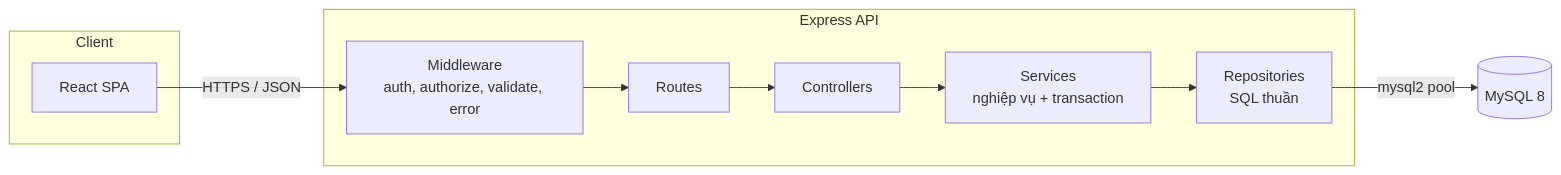
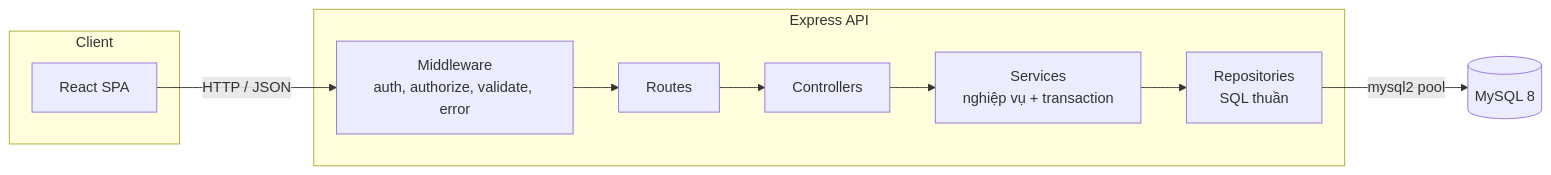
Before and after one commit to NghiaUT/auren-dbms-application: the diagram in docs/ARCHITECTURE.md, drawn with Mermaid. The commit also changed other lines of this file and 7 other files, not shown here.

````diff
--- a/docs/ARCHITECTURE.md
+++ b/docs/ARCHITECTURE.md
@@ -16,15 +16,15 @@
 ```mermaid
 flowchart LR
     subgraph Client
         R[React SPA]
     end
     subgraph Server[Express API]
         MW[Middleware<br/>auth, authorize, validate, error]
         RT[Routes]
         CT[Controllers]
         SV[Services<br/>nghiệp vụ + transaction]
         RP[Repositories<br/>SQL thuần]
     end
     DB[(MySQL 8)]
-    R -- HTTPS / JSON --> MW --> RT --> CT --> SV --> RP -- mysql2 pool --> DB
+    R -- HTTP / JSON --> MW --> RT --> CT --> SV --> RP -- mysql2 pool --> DB
 ```
````
